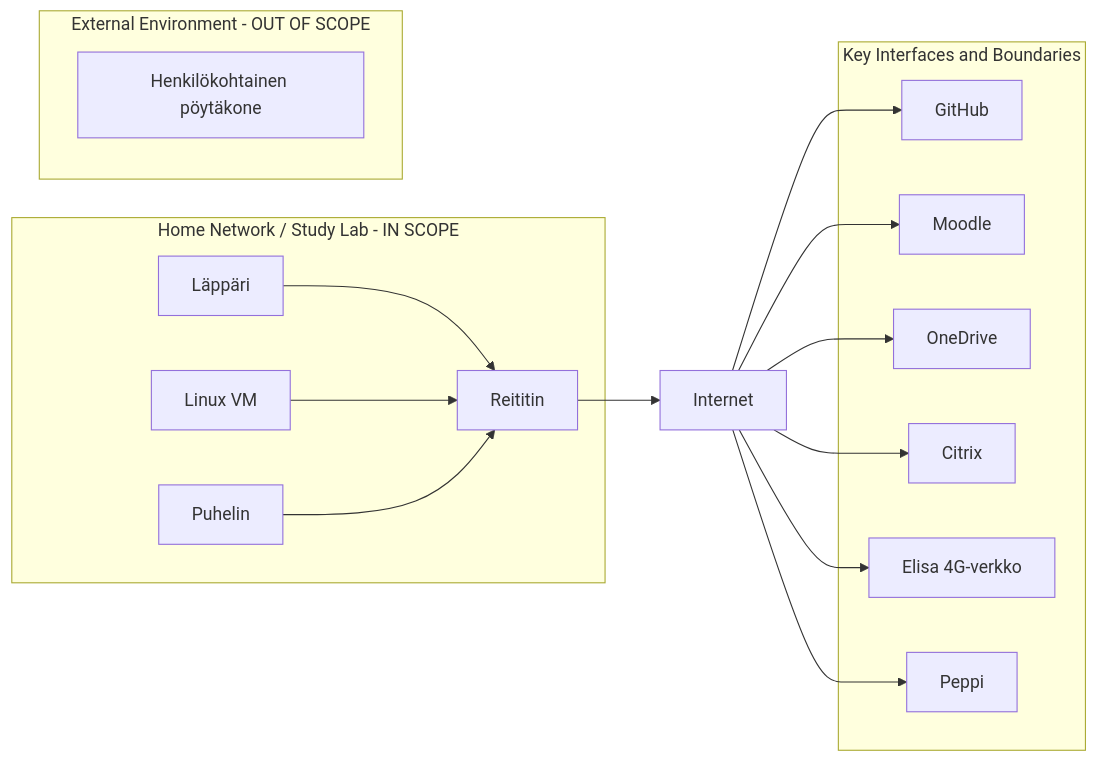
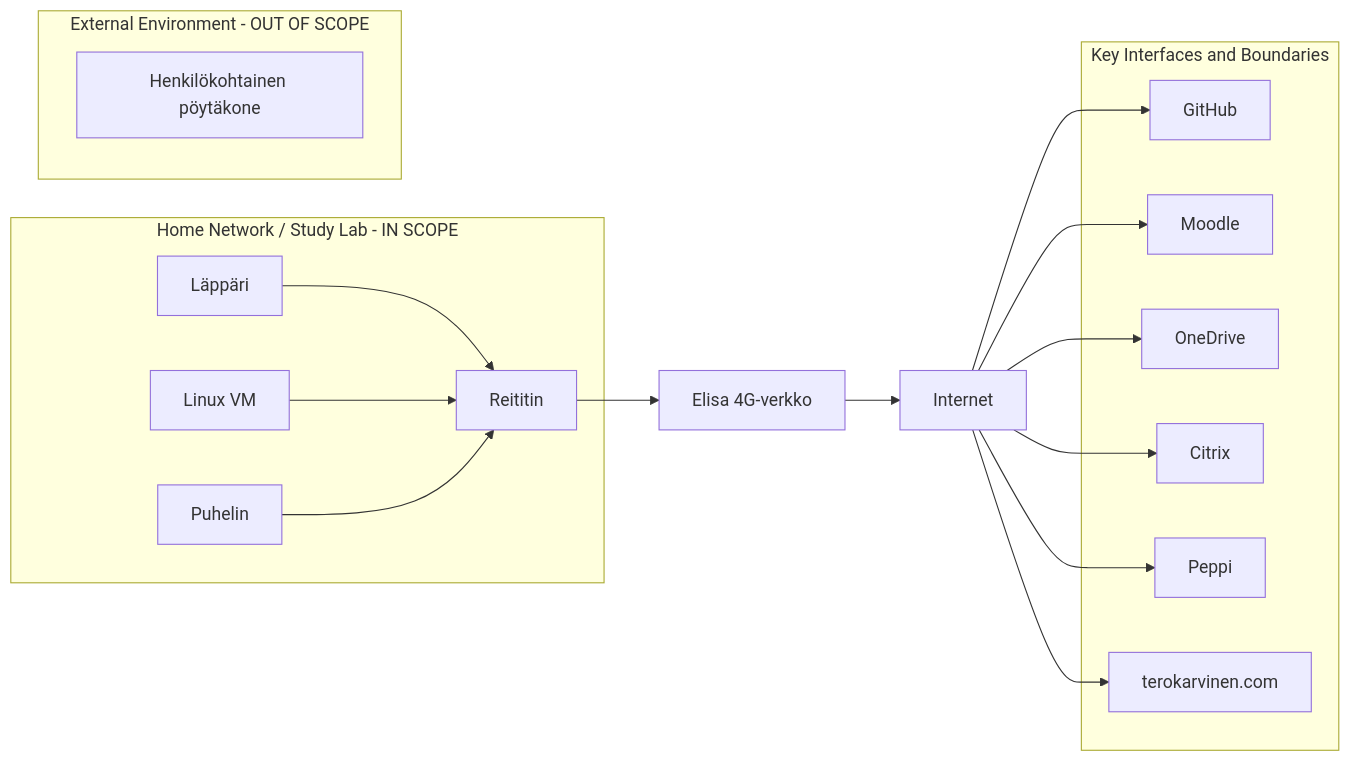
The diagram in h1.md (mari-sku/hakkerointi), drawn with Mermaid before and after one commit. The commit also changed other lines of this file, not shown here.

````diff
--- a/h1.md
+++ b/h1.md
@@ -58,35 +57,36 @@
 ```mermaid
 flowchart LR
     subgraph IN["Home Network / Study Lab - IN SCOPE"]
         Laptop["Läppäri"]
         Phone["Puhelin"]
         Router["Reititin"]
         Linux["Linux VM"]
 
         Laptop --> Router
         Linux --> Router
         Phone --> Router
     end
 
-    Router --> Internet["Internet"]
+    Router --> Elisa["Elisa 4G-verkko"]
+    Elisa --> Internet["Internet"]
 
     subgraph OUT["Key Interfaces and Boundaries"]
         GitHub["GitHub"]
         Moodle["Moodle"]
         OneDrive["OneDrive"]
         Citrix["Citrix"]
-        Elisa["Elisa 4G-verkko"]
         Peppi["Peppi"]
+        Terokarvinen["terokarvinen.com"]
     end
 
     Internet --> GitHub
     Internet --> Moodle
     Internet --> OneDrive
     Internet --> Citrix
-    Internet --> Elisa
     Internet --> Peppi
+    Internet --> Terokarvinen
 
     subgraph EXT["External Environment - OUT OF SCOPE"]
         Desktop["Henkilökohtainen pöytäkone"]
     end
 ```
````
